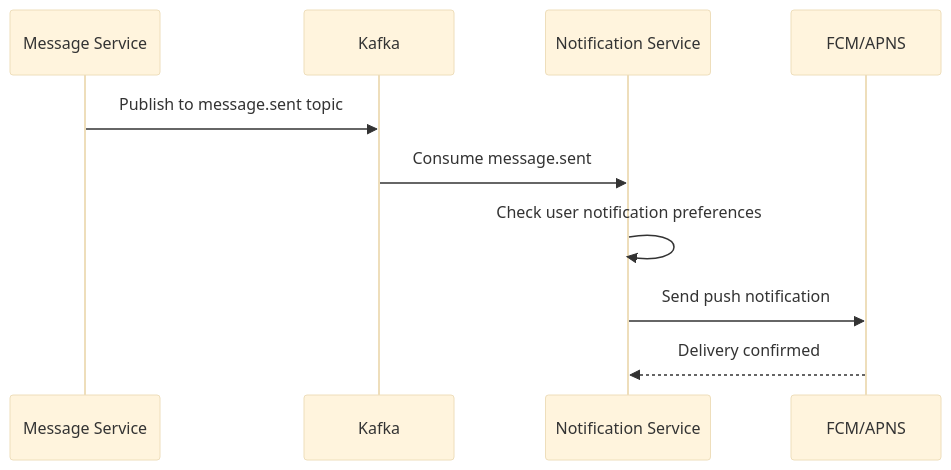
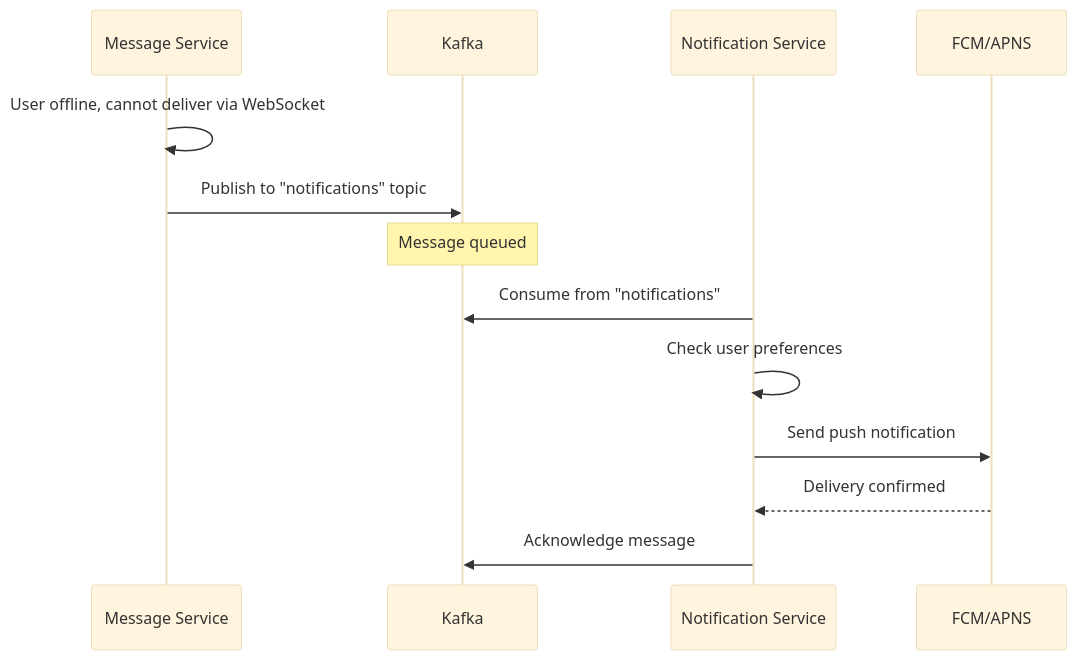
Before and after one commit to Dracula-101/echo-backend: the fourth of 5 diagrams in docs/ARCHITECTURE.md, drawn with Mermaid (base theme). The commit also changed other lines of this file and 9 other files, not shown here.

First line of the commit message:
Refactor WebSocket Protocol Documentation

````diff
--- a/docs/ARCHITECTURE.md
+++ b/docs/ARCHITECTURE.md
@@ -559,13 +712,16 @@
 ```mermaid
 sequenceDiagram
-    participant M as Message Service
+    participant MS as Message Service
     participant K as Kafka
-    participant N as Notification Service
+    participant NS as Notification Service
     participant FCM as FCM/APNS
 
-    M->>K: Publish to message.sent topic
-    K->>N: Consume message.sent
-    N->>N: Check user notification preferences
-    N->>FCM: Send push notification
-    FCM-->>N: Delivery confirmed
+    MS->>MS: User offline, cannot deliver via WebSocket
+    MS->>K: Publish to "notifications" topic
+    Note over K: Message queued
+    NS->>K: Consume from "notifications"
+    NS->>NS: Check user preferences
+    NS->>FCM: Send push notification
+    FCM-->>NS: Delivery confirmed
+    NS->>K: Acknowledge message
 ```
````
